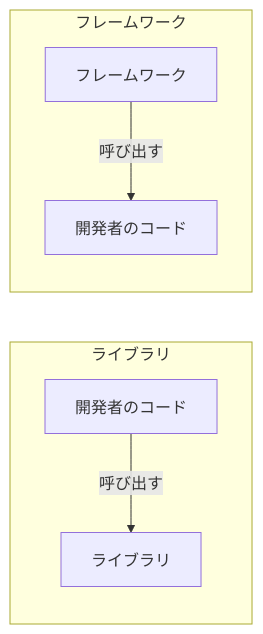
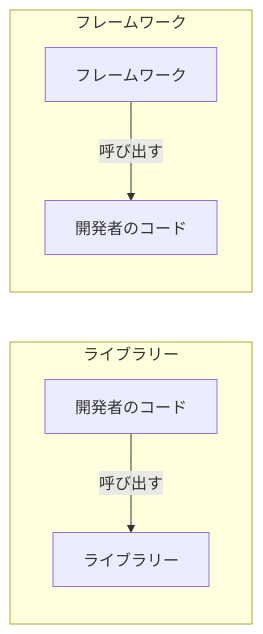
The diagram in content/blog/ja/library-vs-framework.mdx (yoichiozaki/yoichiozaki.github.io), drawn with Mermaid before and after one commit. The commit also changed other lines of this file and 117 other files, not shown here.

````diff
--- a/content/blog/ja/library-vs-framework.mdx
+++ b/content/blog/ja/library-vs-framework.mdx
@@ -78,10 +78,10 @@
 ```mermaid
 graph LR
-    subgraph ライブラリ
-        YC1["開発者のコード"] -->|呼び出す| LIB["ライブラリ"]
+    subgraph ライブラリー
+        YC1["開発者のコード"] -->|呼び出す| LIB["ライブラリー"]
     end
 
     subgraph フレームワーク
         FW["フレームワーク"] -->|呼び出す| YC2["開発者のコード"]
     end
 ```
````
